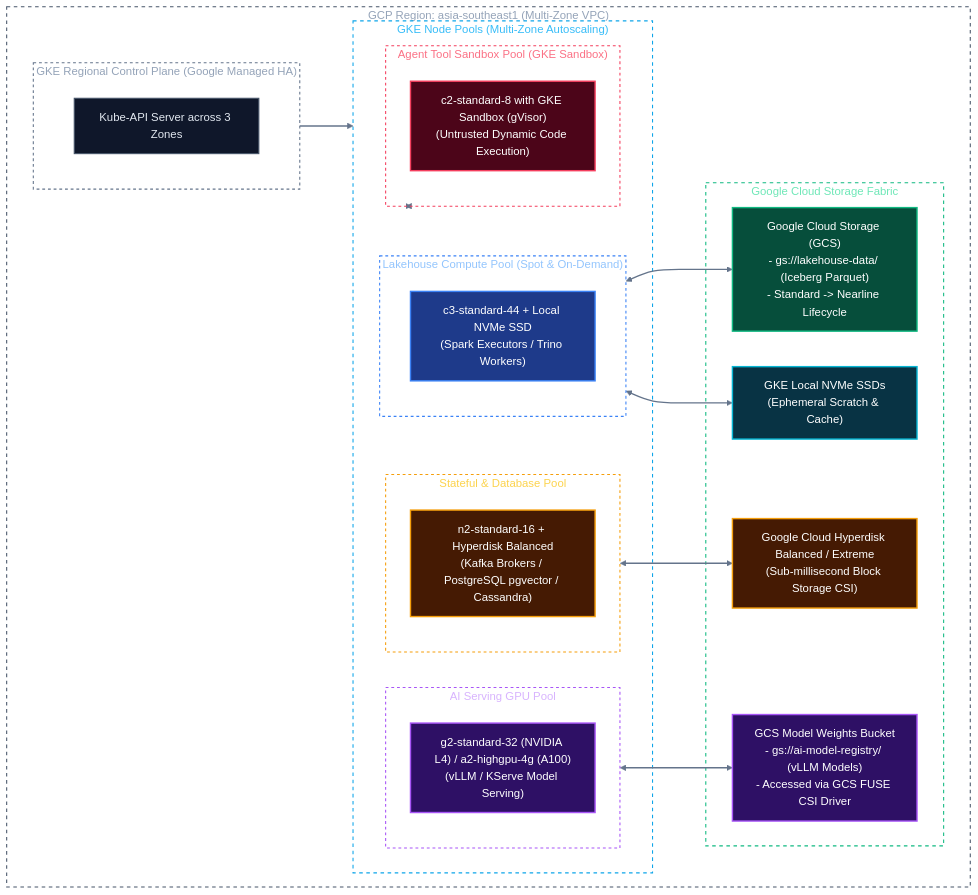
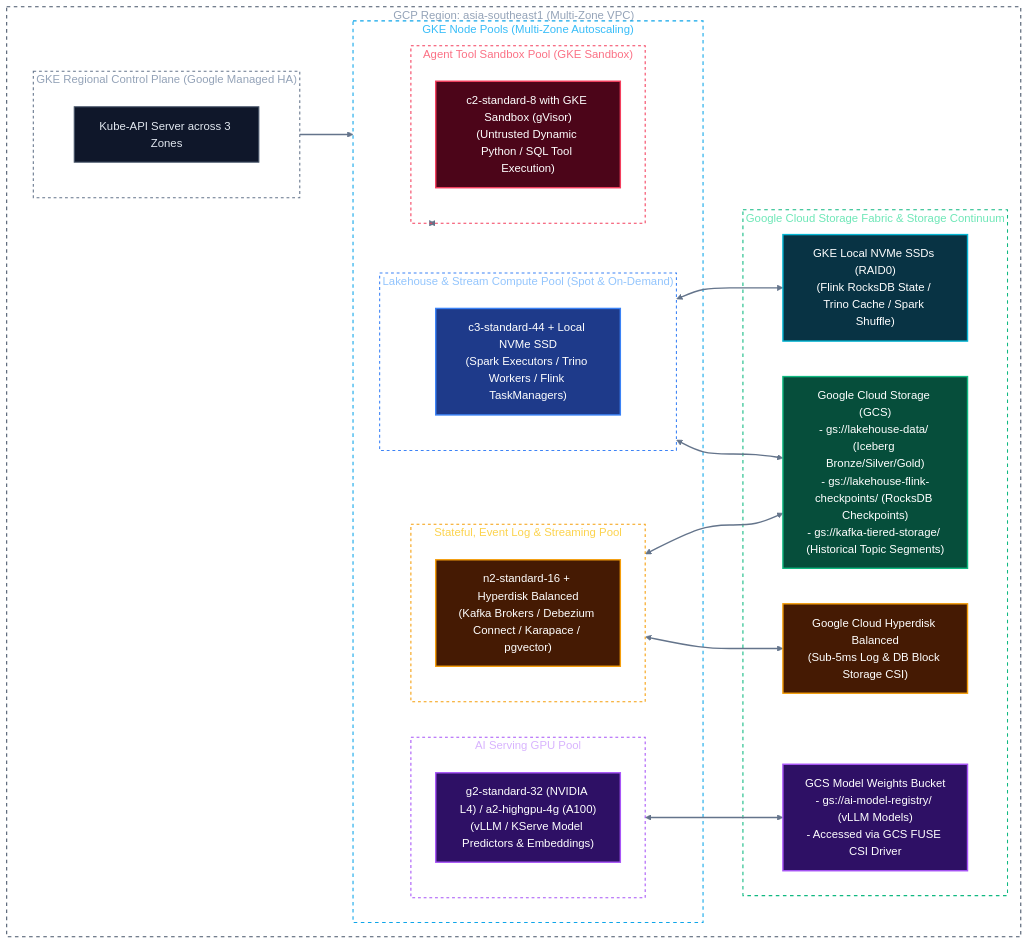
One commit to toanbui626391/data_platform_gcp changed the first of 3 diagrams in docs/architectures/01_infrastructure_and_storage.md. Above: the diagram before and after it, drawn with Mermaid (base theme). The commit also changed other lines of this file and 6 other files, not shown here.

````diff
--- a/docs/architectures/01_infrastructure_and_storage.md
+++ b/docs/architectures/01_infrastructure_and_storage.md
@@ -10,62 +10,63 @@
 ```mermaid
 flowchart TB
     subgraph GCPRegion["GCP Region: asia-southeast1 (Multi-Zone VPC)"]
         subgraph GKEMaster["GKE Regional Control Plane (Google Managed HA)"]
             APIServer["Kube-API Server across 3 Zones"]:::gray
         end
 
         subgraph GKENodePools["GKE Node Pools (Multi-Zone Autoscaling)"]
-            subgraph PoolLakehouse["Lakehouse Compute Pool (Spot & On-Demand)"]
-                LP1["c3-standard-44 + Local NVMe SSD\n(Spark Executors / Trino Workers)"]:::primary
+            subgraph PoolLakehouse["Lakehouse & Stream Compute Pool (Spot & On-Demand)"]
+                LP1["c3-standard-44 + Local NVMe SSD\n(Spark Executors / Trino Workers / Flink TaskManagers)"]:::primary
             end
 
-            subgraph PoolStateful["Stateful & Database Pool"]
-                SP1["n2-standard-16 + Hyperdisk Balanced\n(Kafka Brokers / PostgreSQL pgvector / Cassandra)"]:::warning
+            subgraph PoolStateful["Stateful, Event Log & Streaming Pool"]
+                SP1["n2-standard-16 + Hyperdisk Balanced\n(Kafka Brokers / Debezium Connect / Karapace / pgvector)"]:::warning
             end
 
             subgraph PoolGPU["AI Serving GPU Pool"]
-                GP1["g2-standard-32 (NVIDIA L4) / a2-highgpu-4g (A100)\n(vLLM / KServe Model Serving)"]:::purple
+                GP1["g2-standard-32 (NVIDIA L4) / a2-highgpu-4g (A100)\n(vLLM / KServe Model Predictors & Embeddings)"]:::purple
             end
 
             subgraph PoolSandbox["Agent Tool Sandbox Pool (GKE Sandbox)"]
-                SBP1["c2-standard-8 with GKE Sandbox (gVisor)\n(Untrusted Dynamic Code Execution)"]:::danger
+                SBP1["c2-standard-8 with GKE Sandbox (gVisor)\n(Untrusted Dynamic Python / SQL Tool Execution)"]:::danger
             end
         end
 
-        subgraph GCPStorageFabric["Google Cloud Storage Fabric"]
-            GCSLakehouse["Google Cloud Storage (GCS)\n- gs://lakehouse-data/ (Iceberg Parquet)\n- Standard -> Nearline Lifecycle"]:::success
+        subgraph GCPStorageFabric["Google Cloud Storage Fabric & Storage Continuum"]
+            GCSLakehouse["Google Cloud Storage (GCS)\n- gs://lakehouse-data/ (Iceberg Bronze/Silver/Gold)\n- gs://lakehouse-flink-checkpoints/ (RocksDB Checkpoints)\n- gs://kafka-tiered-storage/ (Historical Topic Segments)"]:::success
             GCSModels["GCS Model Weights Bucket\n- gs://ai-model-registry/ (vLLM Models)\n- Accessed via GCS FUSE CSI Driver"]:::purple
-            Hyperdisk["Google Cloud Hyperdisk Balanced / Extreme\n(Sub-millisecond Block Storage CSI)"]:::warning
-            LocalSSD["GKE Local NVMe SSDs\n(Ephemeral Scratch & Cache)"]:::cyan
+            Hyperdisk["Google Cloud Hyperdisk Balanced\n(Sub-5ms Log & DB Block Storage CSI)"]:::warning
+            LocalSSD["GKE Local NVMe SSDs (RAID0)\n(Flink RocksDB State / Trino Cache / Spark Shuffle)"]:::cyan
         end
     end
 
     GKEMaster --> GKENodePools
     PoolLakehouse <--> GCSLakehouse
     PoolLakehouse <--> LocalSSD
     PoolStateful <--> Hyperdisk
+    PoolStateful <--> GCSLakehouse
     PoolGPU <--> GCSModels
     PoolSandbox <--> GKENodePools
 
     %% Subgraph Styling (Transparent & Dual-Mode Friendly)
     style GCPRegion fill:none,stroke:#475569,stroke-width:1.5px,stroke-dasharray: 5 5,color:#94a3b8
     style GKEMaster fill:none,stroke:#64748b,stroke-width:1.5px,stroke-dasharray: 4 4,color:#94a3b8
     style GKENodePools fill:none,stroke:#0ea5e9,stroke-width:1.5px,stroke-dasharray: 5 5,color:#38bdf8
     style PoolLakehouse fill:none,stroke:#3b82f6,stroke-width:1.5px,stroke-dasharray: 4 4,color:#93c5fd
     style PoolStateful fill:none,stroke:#f59e0b,stroke-width:1.5px,stroke-dasharray: 4 4,color:#fcd34d
     style PoolGPU fill:none,stroke:#a855f7,stroke-width:1.5px,stroke-dasharray: 4 4,color:#d8b4fe
     style PoolSandbox fill:none,stroke:#f43f5e,stroke-width:1.5px,stroke-dasharray: 4 4,color:#fb7185
     style GCPStorageFabric fill:none,stroke:#10b981,stroke-width:1.5px,stroke-dasharray: 5 5,color:#6ee7b7
 
     %% Link Styling
     linkStyle default stroke:#64748b,stroke-width:2px;
 
     %% Universal Dual-Mode High-Contrast Palette
     classDef primary fill:#1e3a8a,stroke:#3b82f6,stroke-width:2px,color:#ffffff;
     classDef success fill:#064e3b,stroke:#10b981,stroke-width:2px,color:#ffffff;
     classDef warning fill:#451a03,stroke:#f59e0b,stroke-width:2px,color:#ffffff;
     classDef danger  fill:#4c0519,stroke:#f43f5e,stroke-width:2px,color:#ffffff;
     classDef purple  fill:#2e1065,stroke:#a855f7,stroke-width:2px,color:#ffffff;
     classDef cyan    fill:#083344,stroke:#06b6d4,stroke-width:2px,color:#ffffff;
     classDef gray    fill:#0f172a,stroke:#475569,stroke-width:1.5px,color:#e2e8f0;
 ```
````
